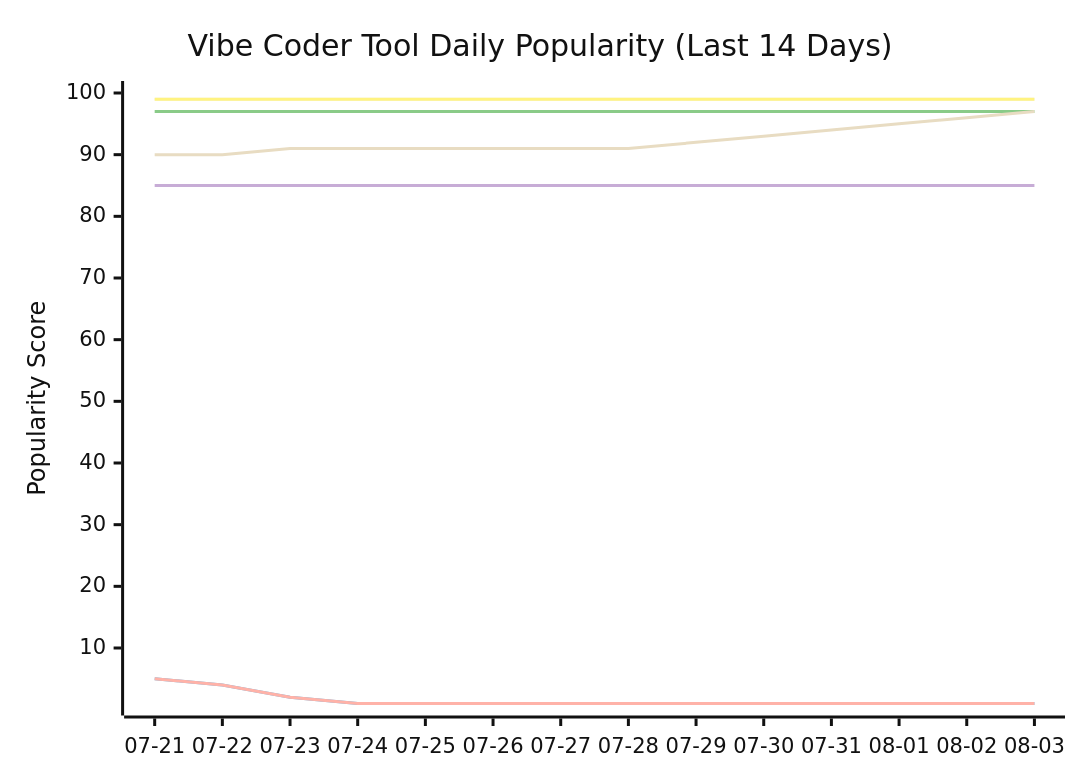
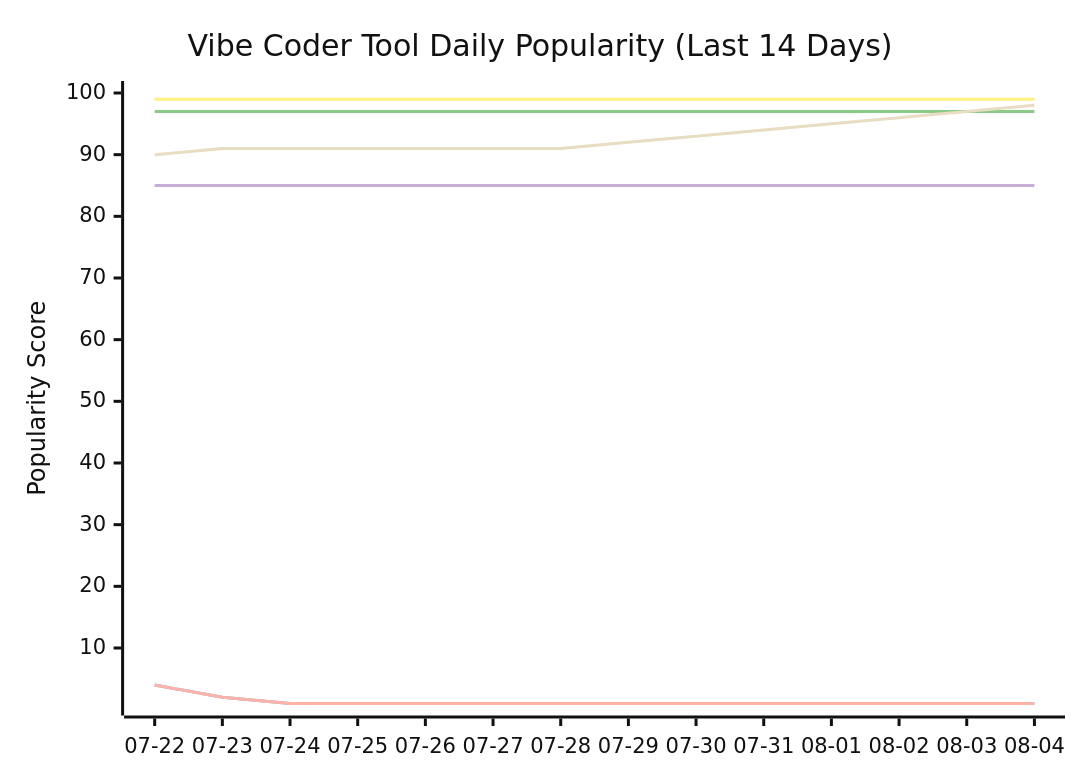
Before and after one commit to tykimos/ai-whatchelin: the seventh of 11 diagrams in README.md, drawn with Mermaid (neutral theme). The commit also changed other lines of this file and 4 other files, not shown here.

````diff
--- a/README.md
+++ b/README.md
@@ -2150,13 +2150,13 @@
 ```mermaid
 xychart-beta
     title "Vibe Coder Tool Daily Popularity (Last 14 Days)"
-    x-axis ["07-21", "07-22", "07-23", "07-24", "07-25", "07-26", "07-27", "07-28", "07-29", "07-30", "07-31", "08-01", "08-02", "08-03"]
+    x-axis ["07-22", "07-23", "07-24", "07-25", "07-26", "07-27", "07-28", "07-29", "07-30", "07-31", "08-01", "08-02", "08-03", "08-04"]
     y-axis "Popularity Score" 1 --> 100
     line "Claude Code" [99, 99, 99, 99, 99, 99, 99, 99, 99, 99, 99, 99, 99, 99]
-    line "GH Copilot" [5, 4, 2, 1, 1, 1, 1, 1, 1, 1, 1, 1, 1, 1]
+    line "GH Copilot" [4, 2, 1, 1, 1, 1, 1, 1, 1, 1, 1, 1, 1, 1]
     line "Cursor" [97, 97, 97, 97, 97, 97, 97, 97, 97, 97, 97, 97, 97, 97]
     line "Windsurf" [85, 85, 85, 85, 85, 85, 85, 85, 85, 85, 85, 85, 85, 85]
-    line "Codex CLI" [90, 90, 91, 91, 91, 91, 91, 91, 92, 93, 94, 95, 96, 97]
-    line "Gemini CLI" [5, 4, 2, 1, 1, 1, 1, 1, 1, 1, 1, 1, 1, 1]
+    line "Codex CLI" [90, 91, 91, 91, 91, 91, 91, 92, 93, 94, 95, 96, 97, 98]
+    line "Gemini CLI" [4, 2, 1, 1, 1, 1, 1, 1, 1, 1, 1, 1, 1, 1]
     line "Antigravity" [99, 99, 99, 99, 99, 99, 99, 99, 99, 99, 99, 99, 99, 99]
 ```
````
